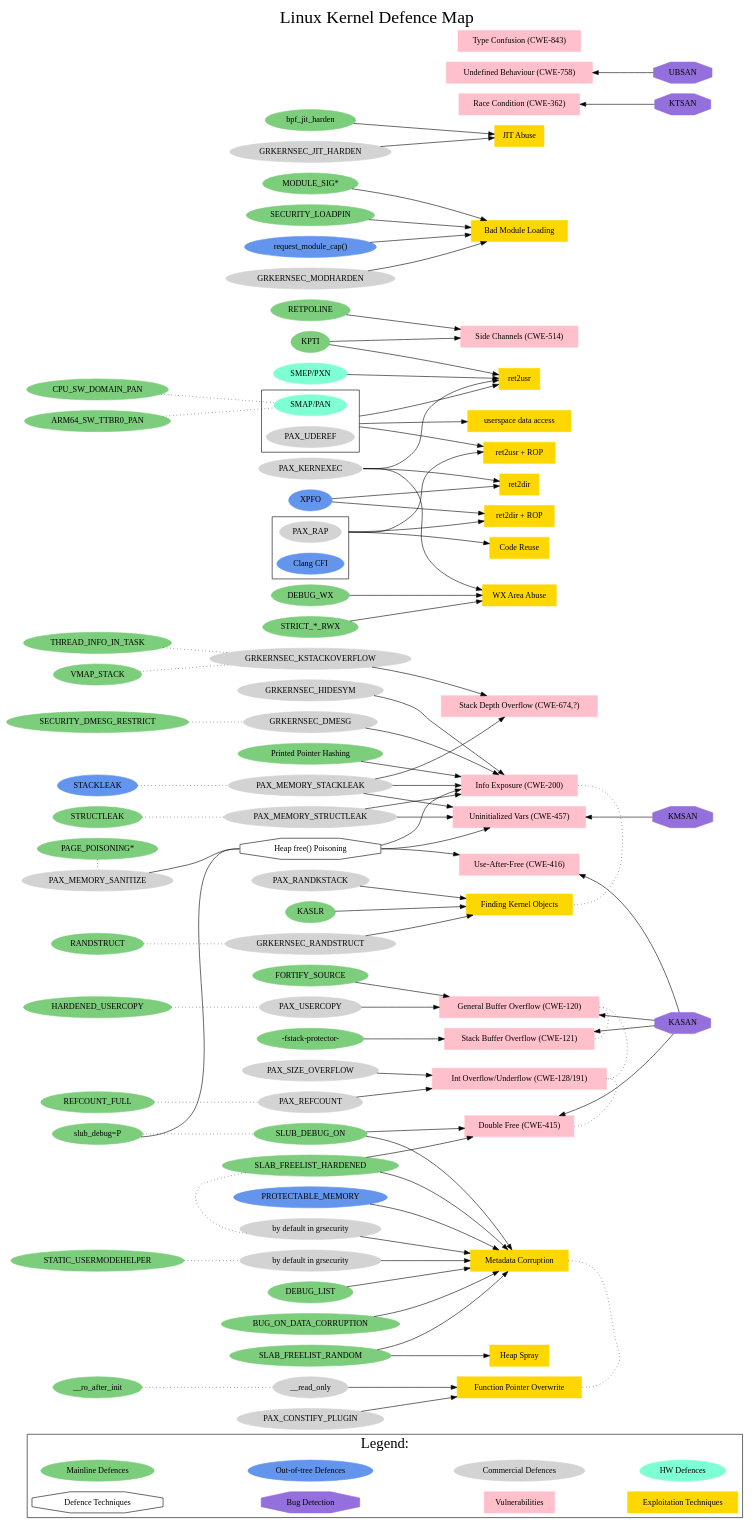
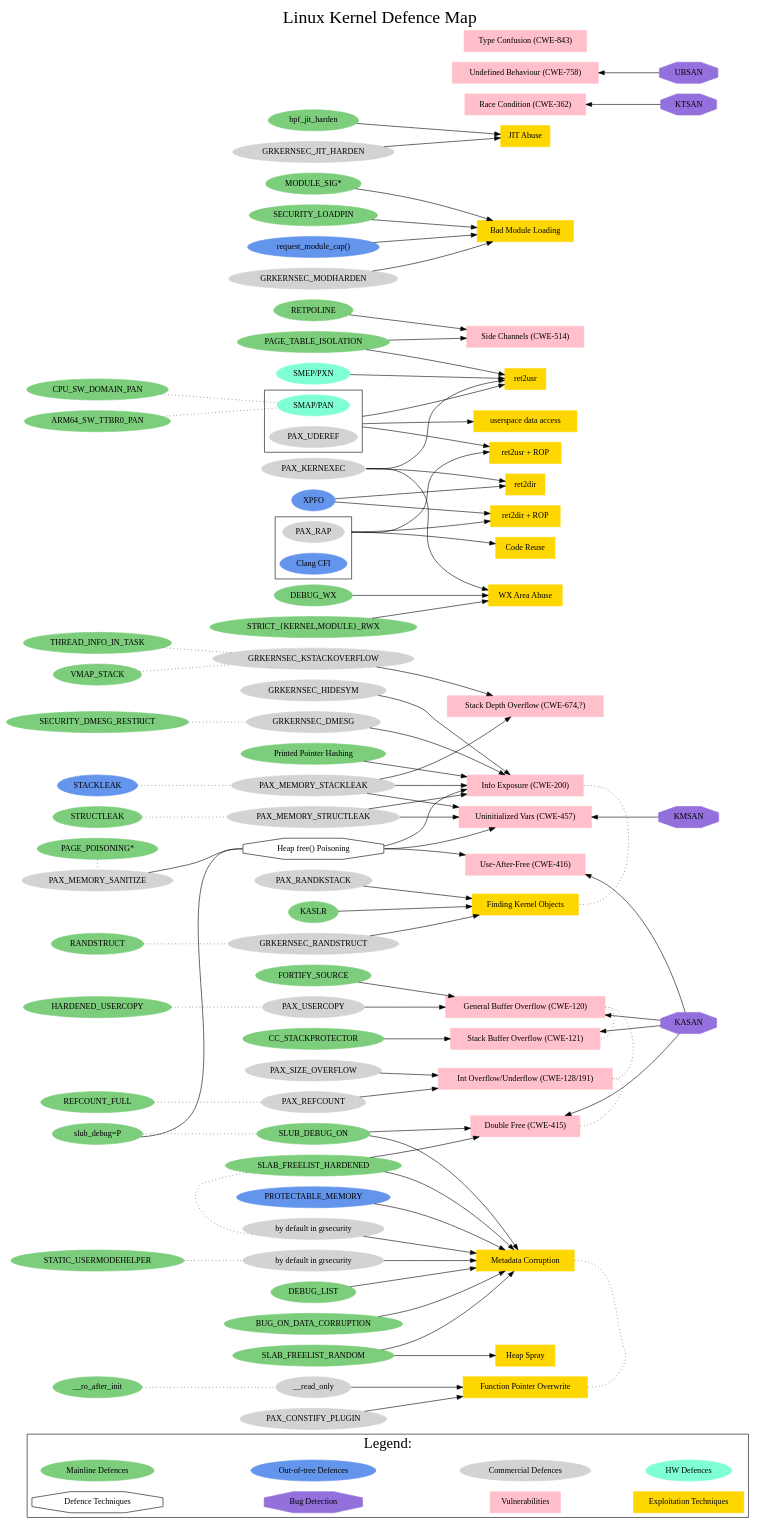
One commit to a13xp0p0v/linux-kernel-defence-map changed the diagram in linux-kernel-defence-map.dot. Above: the diagram before and after it, drawn with Graphviz.

Commit message:
Rename some features to comply with Kconfig
- "-fstack-protector-" to "CC_STACKPROTECTOR",
- "KPTI" to "PAGE_TABLE_ISOLATION",
- "STRICT_*_RWX" to "STRICT_{KERNEL,MODULE}_RWX",
- add a comment about KASLR.

```diff
--- a/linux-kernel-defence-map.dot
+++ b/linux-kernel-defence-map.dot
@@ -69,16 +69,16 @@
 
     // Mainline Defences
     node [shape=oval, color=palegreen3, style=filled];
-    "-fstack-protector-";
+    "CC_STACKPROTECTOR";
     "FORTIFY_SOURCE";
     "DEBUG_LIST";
     "SLUB_DEBUG_ON";
     "SLAB_FREELIST_HARDENED";
-    "KPTI";
+    "PAGE_TABLE_ISOLATION";
     "SLAB_FREELIST_RANDOM";
     "Printed Pointer Hashing";
-    "KASLR";
-    "STRICT_*_RWX";
+    "KASLR"; // RANDOMIZE_BASE, RANDOMIZE_MEMORY
+    "STRICT_{KERNEL,MODULE}_RWX";
     "DEBUG_WX";
     "BUG_ON_DATA_CORRUPTION";
     "MODULE_SIG*";
@@ -253,7 +253,7 @@
   "PAX_USERCOPY" -> "General Buffer Overflow (CWE-120)";
   "FORTIFY_SOURCE" -> "General Buffer Overflow (CWE-120)";
 
-  "-fstack-protector-" -> "Stack Buffer Overflow (CWE-121)";
+  "CC_STACKPROTECTOR" -> "Stack Buffer Overflow (CWE-121)";
 
   "PAX_REFCOUNT" -> "Int Overflow/Underflow (CWE-128/191)";
   "PAX_SIZE_OVERFLOW" -> "Int Overflow/Underflow (CWE-128/191)";
@@ -274,7 +274,7 @@
   "PAX_MEMORY_STRUCTLEAK" -> "Info Exposure (CWE-200)";
   "GRKERNSEC_DMESG" -> "Info Exposure (CWE-200)";
 
-  "KPTI" -> "Side Channels (CWE-514)";
+  "PAGE_TABLE_ISOLATION" -> "Side Channels (CWE-514)";
   "RETPOLINE" -> "Side Channels (CWE-514)";
 
   "DEBUG_LIST" -> "Metadata Corruption";
@@ -294,7 +294,7 @@
   "PAX_RAP":e -> "Code Reuse" [ltail=cluster_cfi];
 
   "PAX_KERNEXEC":e -> "ret2usr";
-  "KPTI" -> "ret2usr";
+  "PAGE_TABLE_ISOLATION" -> "ret2usr";
   "SMEP/PXN" -> "ret2usr";
   "SMAP/PAN":se -> "ret2usr" [ltail=cluster_smap_pan_uderef];
 
@@ -317,7 +317,7 @@
   "bpf_jit_harden" -> "JIT Abuse";
 
   "PAX_KERNEXEC":e -> "WX Area Abuse";
-  "STRICT_*_RWX" -> "WX Area Abuse";
+  "STRICT_{KERNEL,MODULE}_RWX" -> "WX Area Abuse";
   "DEBUG_WX" -> "WX Area Abuse";
 
   "GRKERNSEC_MODHARDEN" -> "Bad Module Loading";
```
